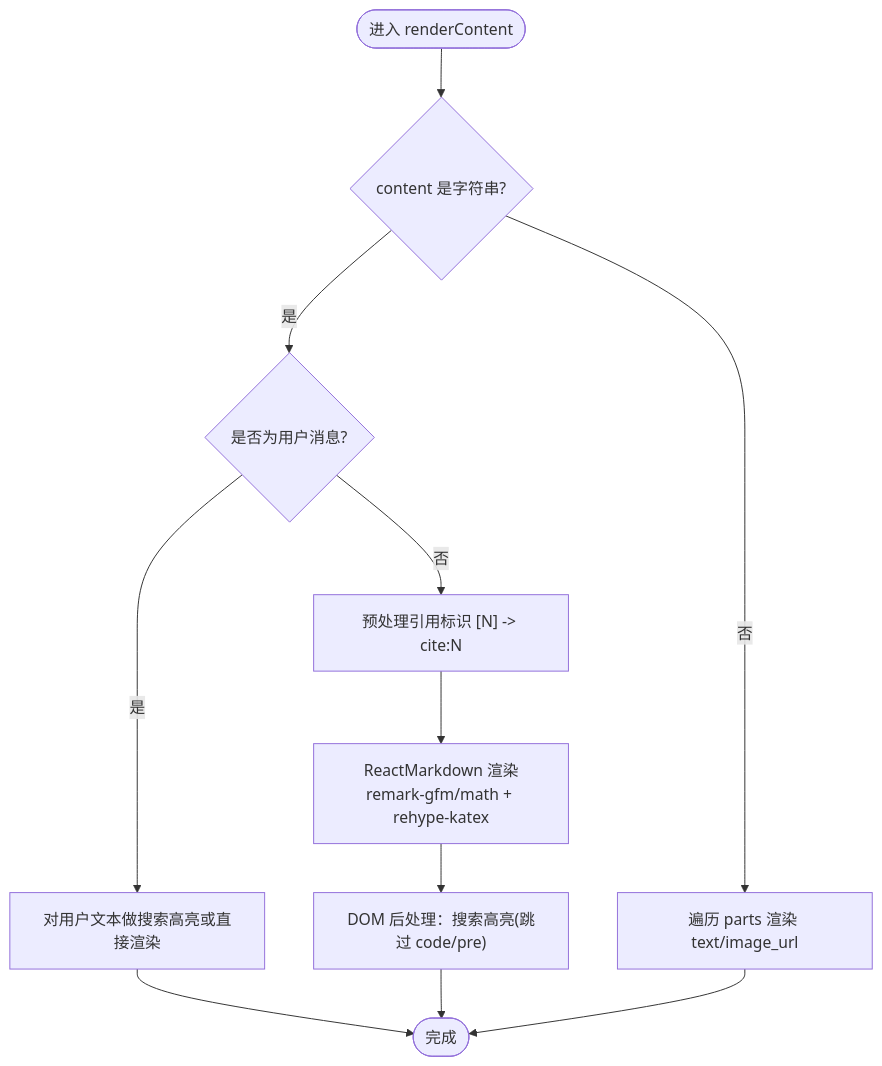
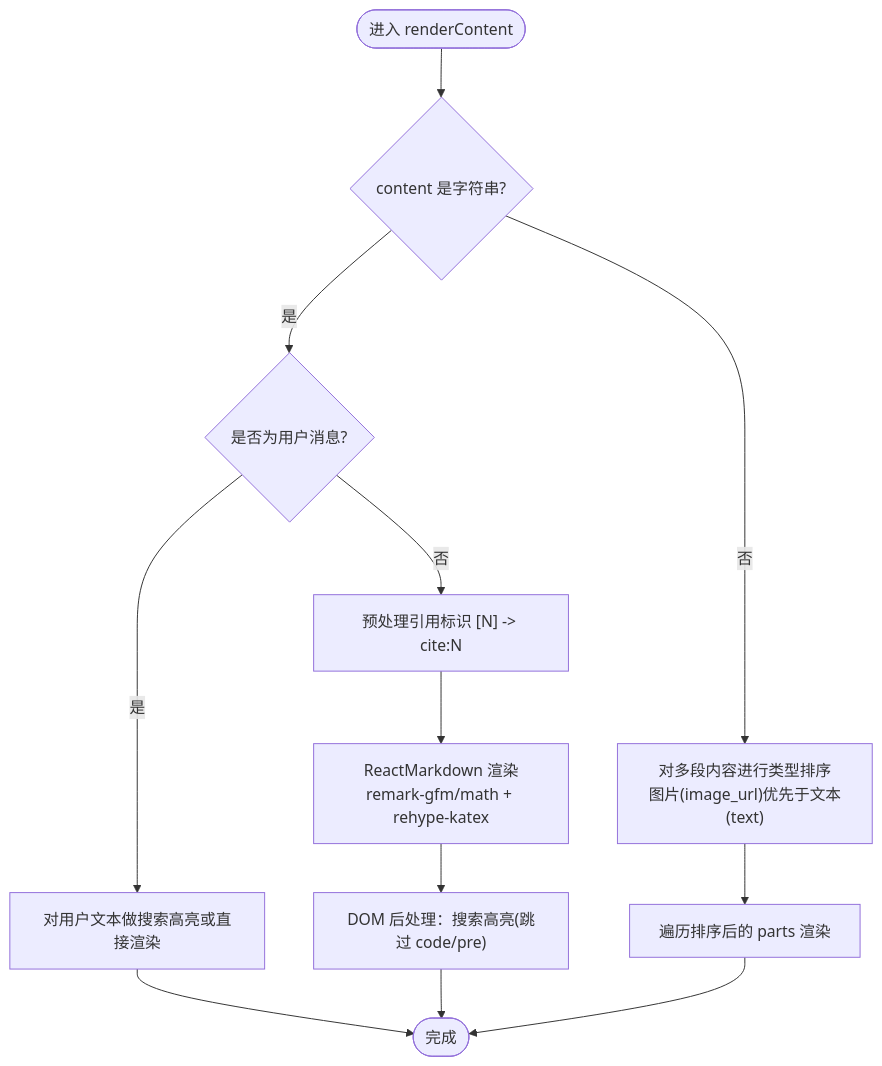
The third of 5 diagrams in .qoder/repowiki/zh/content/聊天模块/消息气泡组件.md (billye220670/AIShop), drawn with Mermaid before and after one commit. The commit also changed other lines of this file and 149 other files, not shown here.

````diff
--- a/.qoder/repowiki/zh/content/聊天模块/消息气泡组件.md
+++ b/.qoder/repowiki/zh/content/聊天模块/消息气泡组件.md
@@ -119,13 +141,14 @@
 ```mermaid
 flowchart TD
 Start(["进入 renderContent"]) --> CheckType{"content 是字符串?"}
 CheckType --> |是| IsUser{"是否为用户消息?"}
 IsUser --> |是| UserText["对用户文本做搜索高亮或直接渲染"]
 IsUser --> |否| PreCite["预处理引用标识 [N] -> cite:N"]
 PreCite --> RenderMD["ReactMarkdown 渲染<br/>remark-gfm/math + rehype-katex"]
 RenderMD --> PostHighlight["DOM 后处理：搜索高亮(跳过 code/pre)"]
-CheckType --> |否| Parts["遍历 parts 渲染 text/image_url"]
+CheckType --> |否| SortParts["对多段内容进行类型排序<br/>图片(image_url)优先于文本(text)"]
+SortParts --> RenderParts["遍历排序后的 parts 渲染"]
 UserText --> End(["完成"])
 PostHighlight --> End
-Parts --> End
+RenderParts --> End
 ```
````
